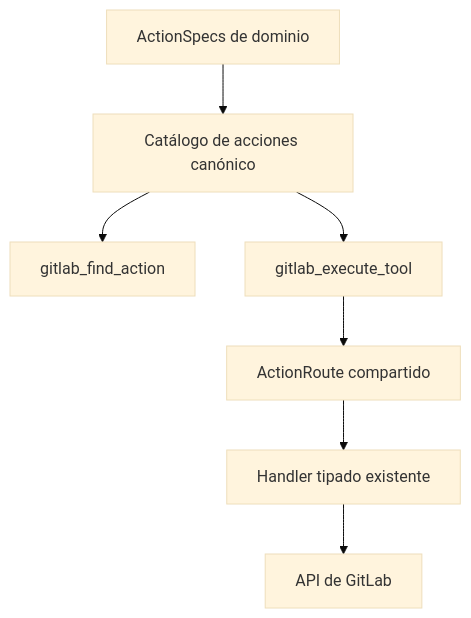
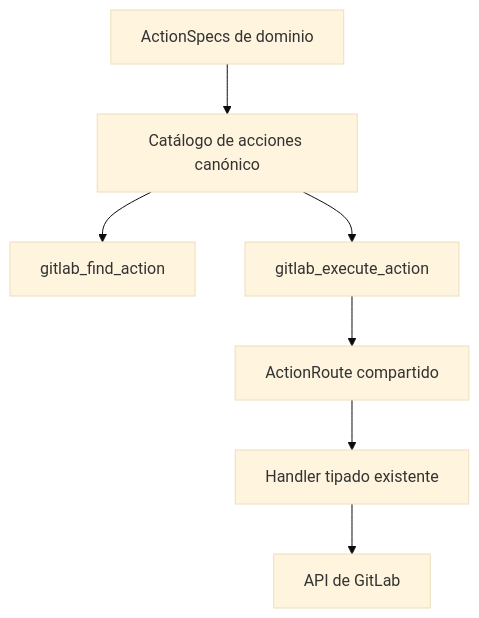
The fifth of 5 diagrams in site/src/content/docs/es/architecture.mdx (jmrplens/gitlab-mcp-server), drawn with Mermaid (base theme) before and after one commit. The commit also changed other lines of this file and 714 other files, not shown here.

````diff
--- a/site/src/content/docs/es/architecture.mdx
+++ b/site/src/content/docs/es/architecture.mdx
@@ -157,9 +157,9 @@
 ```mermaid
 flowchart TD
     specs[ActionSpecs de dominio] --> catalog[Catálogo de acciones canónico]
     catalog --> find[gitlab_find_action]
-    catalog --> execute[gitlab_execute_tool]
+    catalog --> execute[gitlab_execute_action]
     execute --> route[ActionRoute compartido]
     route --> handler[Handler tipado existente]
     handler --> gitlab[API de GitLab]
 ```
````
